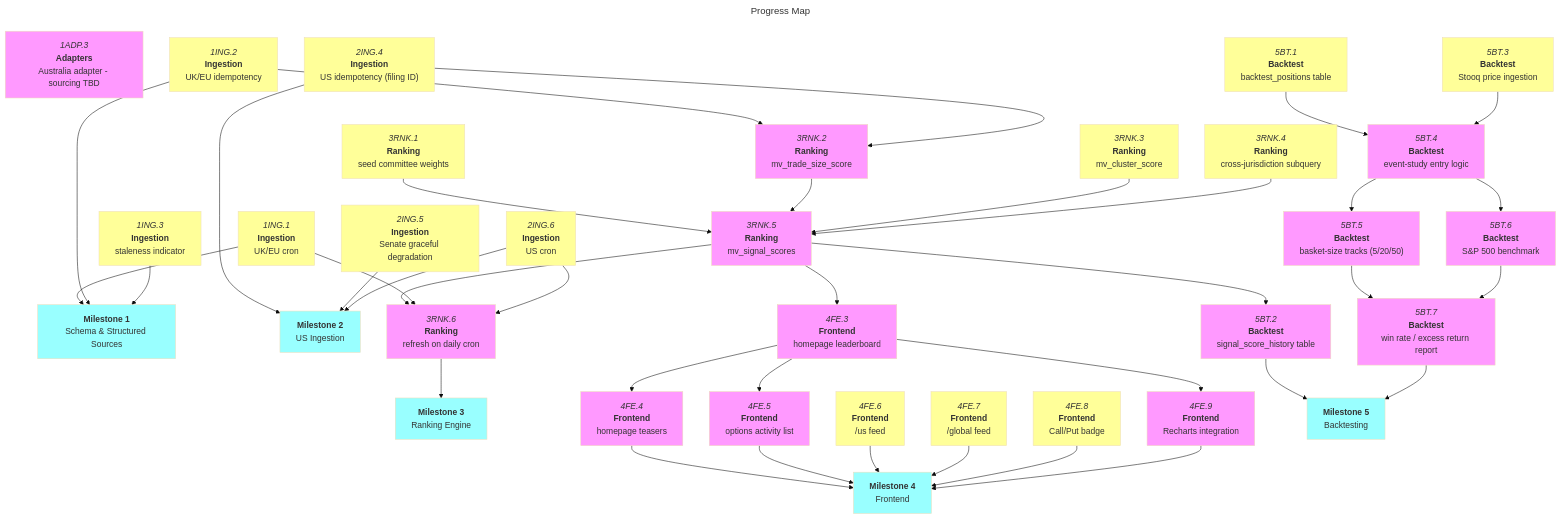
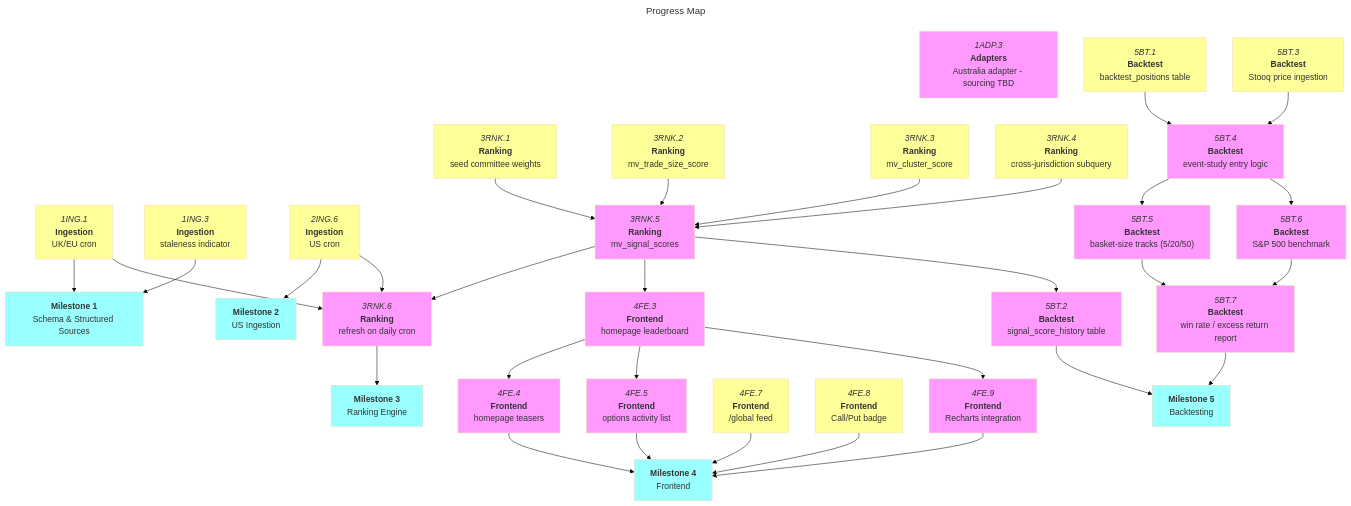
The diagram in docs/roadmaps/mvp.md (Oggie112/CrossBench), drawn with Mermaid (base theme) before and after one commit. The commit also changed other lines of this file, not shown here.

Commit message:
docs(roadmap): reflect ingestion orchestrator, /us feed, and unblocked ranking work
Marks 1ING.2/2ING.4/2ING.5 (idempotency, error isolation) and 4FE.6 (/us feed)
complete, and unblocks 3RNK.2 now that real ingested data exists.

```diff
--- a/docs/roadmaps/mvp.md
+++ b/docs/roadmaps/mvp.md
@@ -185,31 +185,20 @@
 
 1ING.1["`*1ING.1*<br/>**Ingestion**<br/>UK/EU cron`"]:::open
 
-1ING.2["`*1ING.2*<br/>**Ingestion**<br/>UK/EU idempotency`"]:::open
-
 1ING.3["`*1ING.3*<br/>**Ingestion**<br/>staleness indicator`"]:::open
 
 m1["`**Milestone 1**<br/>Schema & Structured Sources`"]:::mile
 1ING.1 --> m1
-1ING.2 --> m1
 1ING.3 --> m1
-
-2ING.4["`*2ING.4*<br/>**Ingestion**<br/>US idempotency (filing ID)`"]:::open
-
-2ING.5["`*2ING.5*<br/>**Ingestion**<br/>Senate graceful degradation`"]:::open
 
 2ING.6["`*2ING.6*<br/>**Ingestion**<br/>US cron`"]:::open
 
 m2["`**Milestone 2**<br/>US Ingestion`"]:::mile
-2ING.4 --> m2
-2ING.5 --> m2
 2ING.6 --> m2
 
 3RNK.1["`*3RNK.1*<br/>**Ranking**<br/>seed committee weights`"]:::open
 
-3RNK.2["`*3RNK.2*<br/>**Ranking**<br/>mv_trade_size_score`"]:::blocked
-1ING.2 --> 3RNK.2
-2ING.4 --> 3RNK.2
+3RNK.2["`*3RNK.2*<br/>**Ranking**<br/>mv_trade_size_score`"]:::open
 
 3RNK.3["`*3RNK.3*<br/>**Ranking**<br/>mv_cluster_score`"]:::open
 
@@ -238,8 +227,6 @@
 4FE.5["`*4FE.5*<br/>**Frontend**<br/>options activity list`"]:::blocked
 4FE.3 --> 4FE.5
 
-4FE.6["`*4FE.6*<br/>**Frontend**<br/>/us feed`"]:::open
-
 4FE.7["`*4FE.7*<br/>**Frontend**<br/>/global feed`"]:::open
 
 4FE.8["`*4FE.8*<br/>**Frontend**<br/>Call/Put badge`"]:::open
@@ -250,7 +237,6 @@
 m4["`**Milestone 4**<br/>Frontend`"]:::mile
 4FE.4 --> m4
 4FE.5 --> m4
-4FE.6 --> m4
 4FE.7 --> m4
 4FE.8 --> m4
 4FE.9 --> m4
```
